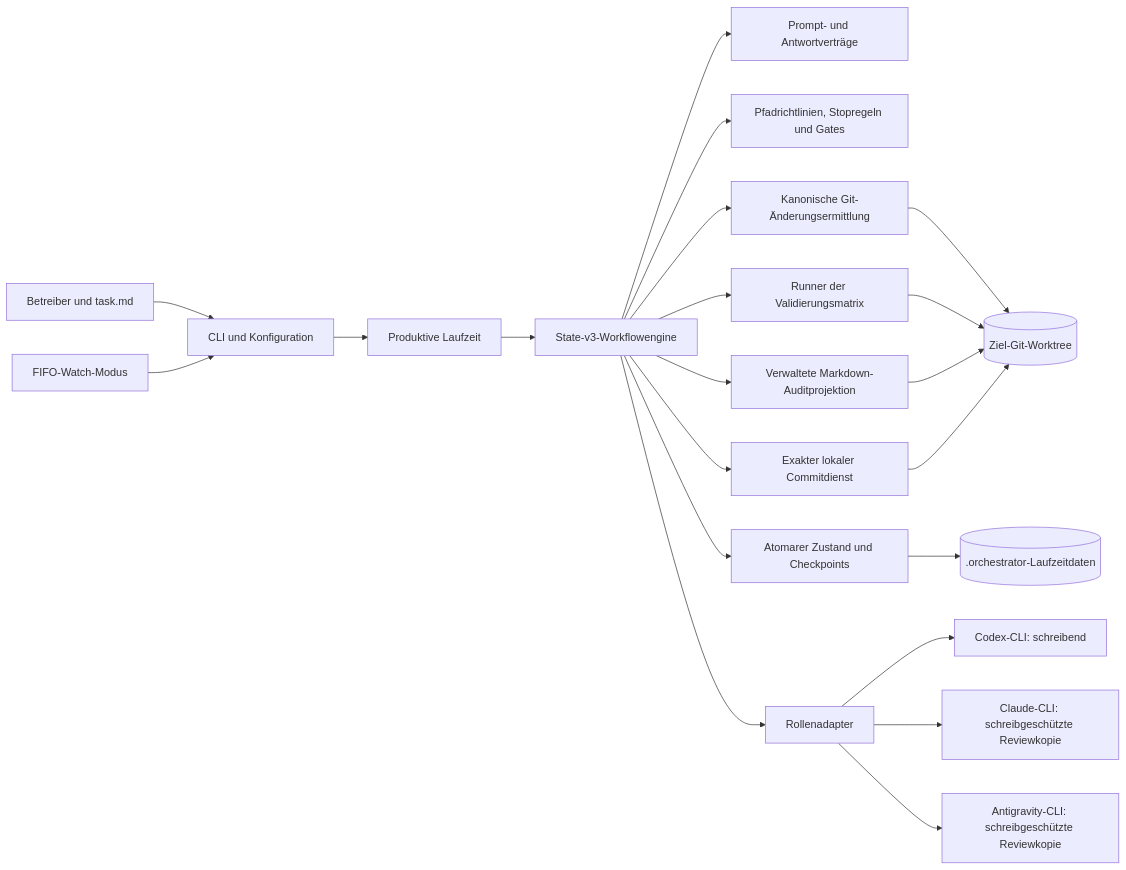
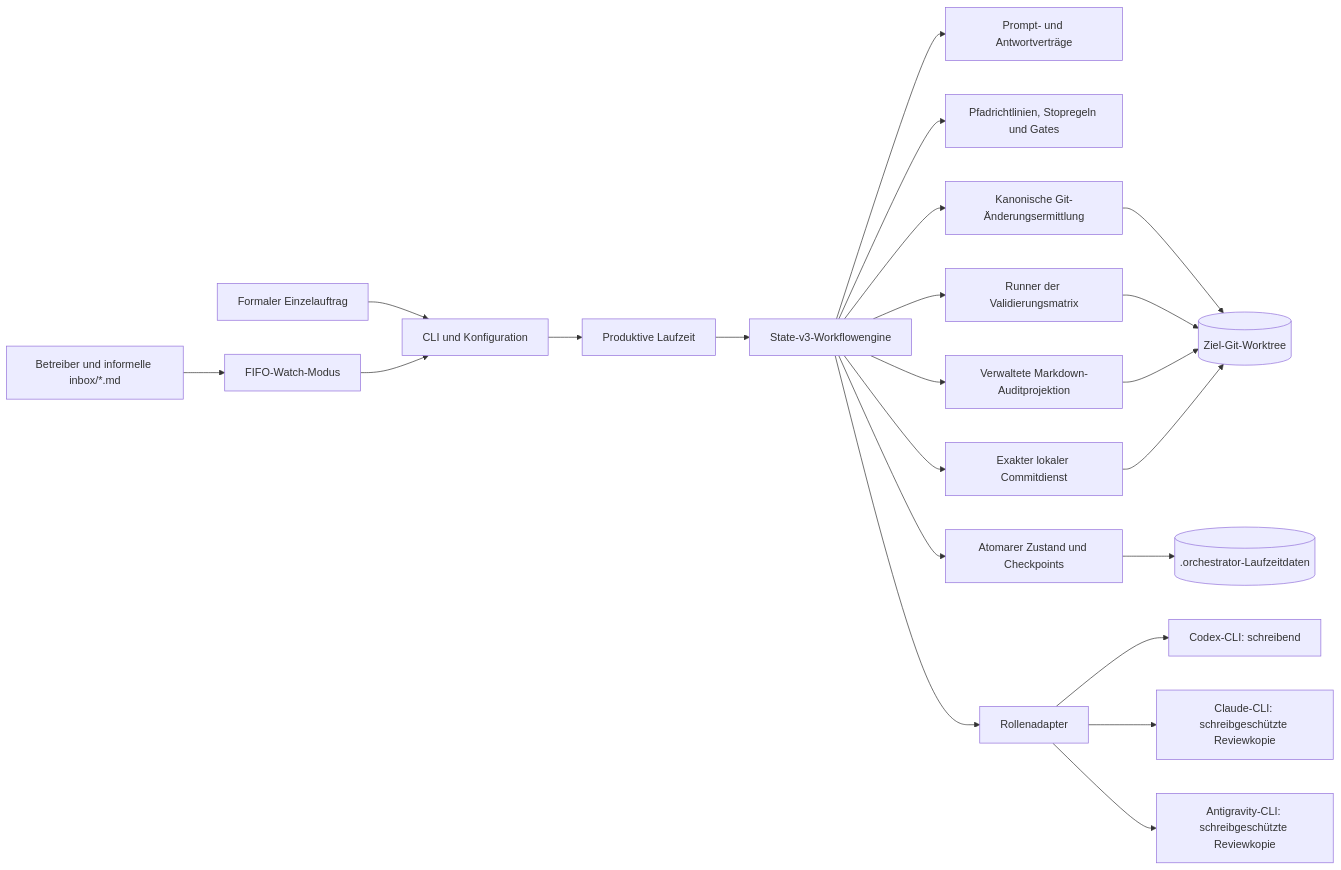
One commit to dieteresser62-lab/Dual-Agent-Orchestrator changed the first of 2 diagrams in docs/reference/architecture-and-domain-concept.md. Above: the diagram before and after it, drawn with Mermaid. The commit also changed other lines of this file and 35 other files, not shown here.

````diff
--- a/docs/reference/architecture-and-domain-concept.md
+++ b/docs/reference/architecture-and-domain-concept.md
@@ -114,26 +122,27 @@
 ```mermaid
 flowchart LR
-    User[Betreiber und task.md] --> CLI[CLI und Konfiguration]
-    Watch[FIFO-Watch-Modus] --> CLI
+    User[Betreiber und informelle inbox/*.md] --> Watch[FIFO-Watch-Modus]
+    Formal[Formaler Einzelauftrag] --> CLI[CLI und Konfiguration]
+    Watch --> CLI
     CLI --> Runtime[Produktive Laufzeit]
     Runtime --> Engine[State-v3-Workflowengine]
 
     Engine --> Contracts[Prompt- und Antwortverträge]
     Engine --> Policy[Pfadrichtlinien, Stopregeln und Gates]
     Engine --> Changes[Kanonische Git-Änderungsermittlung]
     Engine --> Validation[Runner der Validierungsmatrix]
     Engine --> State[Atomarer Zustand und Checkpoints]
     Engine --> Audit[Verwaltete Markdown-Auditprojektion]
     Engine --> Commit[Exakter lokaler Commitdienst]
 
     Engine --> Adapters[Rollenadapter]
     Adapters --> Codex[Codex-CLI: schreibend]
     Adapters --> Claude[Claude-CLI: schreibgeschützte Reviewkopie]
     Adapters --> Anti[Antigravity-CLI: schreibgeschützte Reviewkopie]
 
     Changes --> Repo[(Ziel-Git-Worktree)]
     Validation --> Repo
     State --> RuntimeData[(.orchestrator-Laufzeitdaten)]
     Audit --> Repo
     Commit --> Repo
 ```
````
